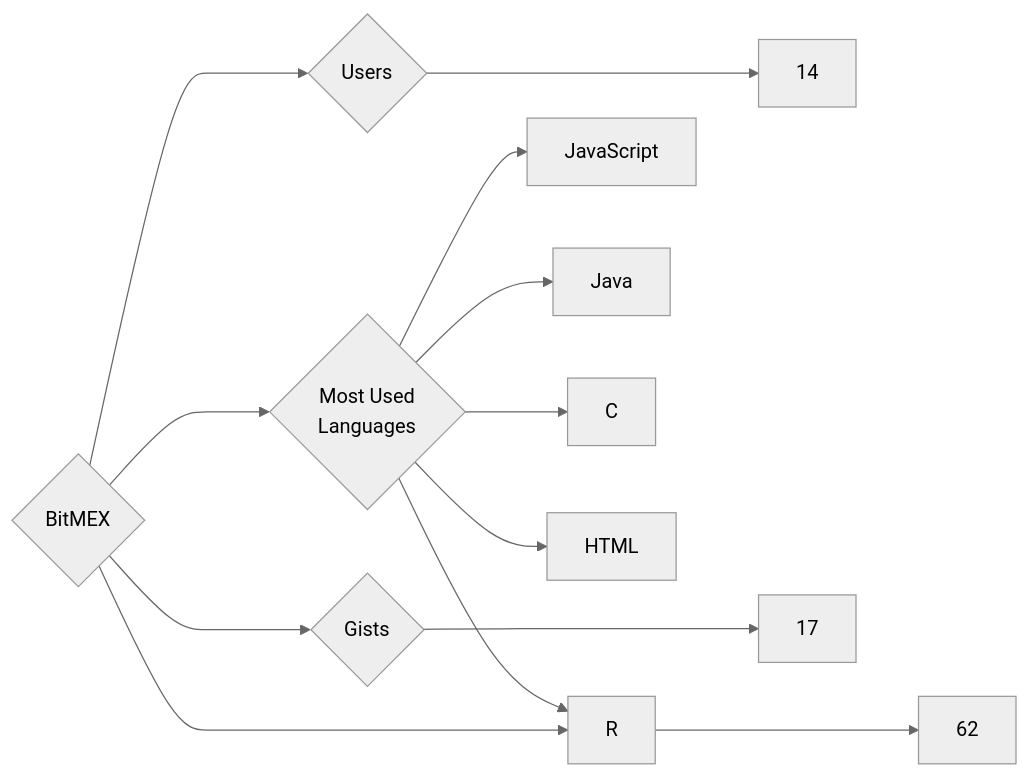
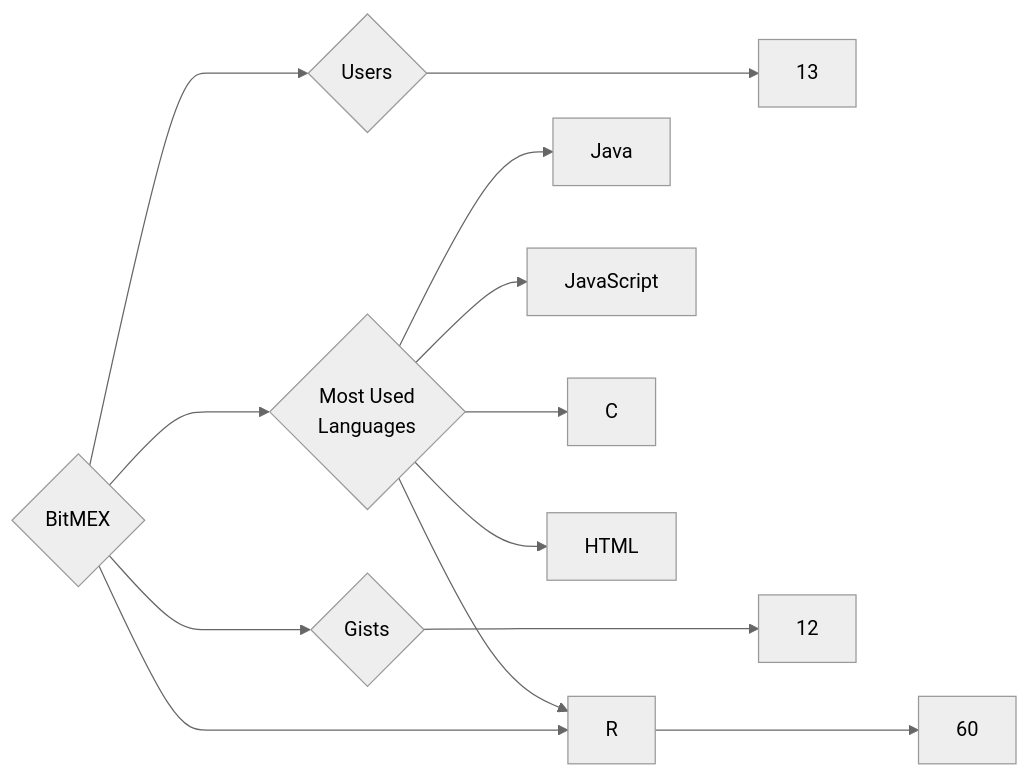
The diagram in targets/BitMEX/README.md (trickest/insiders), drawn with Mermaid (neutral theme) before and after one commit. The commit also changed 873 other files, not shown here.

````diff
--- a/targets/BitMEX/README.md
+++ b/targets/BitMEX/README.md
@@ -3,13 +3,13 @@
 ```mermaid
 graph LR
 COMPANY_NAME{BitMEX}
-COMPANY_NAME ---> U{Users} ---> UN[14]
-COMPANY_NAME ---> R{Repositories} ---> RN[62]
-COMPANY_NAME ---> G{Gists} ---> GN[17]
+COMPANY_NAME ---> U{Users} ---> UN[13]
+COMPANY_NAME ---> R{Repositories} ---> RN[60]
+COMPANY_NAME ---> G{Gists} ---> GN[12]
 COMPANY_NAME ---> ML{Most Used<br>Languages}
+ML --> Java[Java]
 ML --> JavaScript[JavaScript]
-ML --> Java[Java]
 ML --> C[C]
 ML --> HTML[HTML]
 ML --> R[R]
 ```
````
